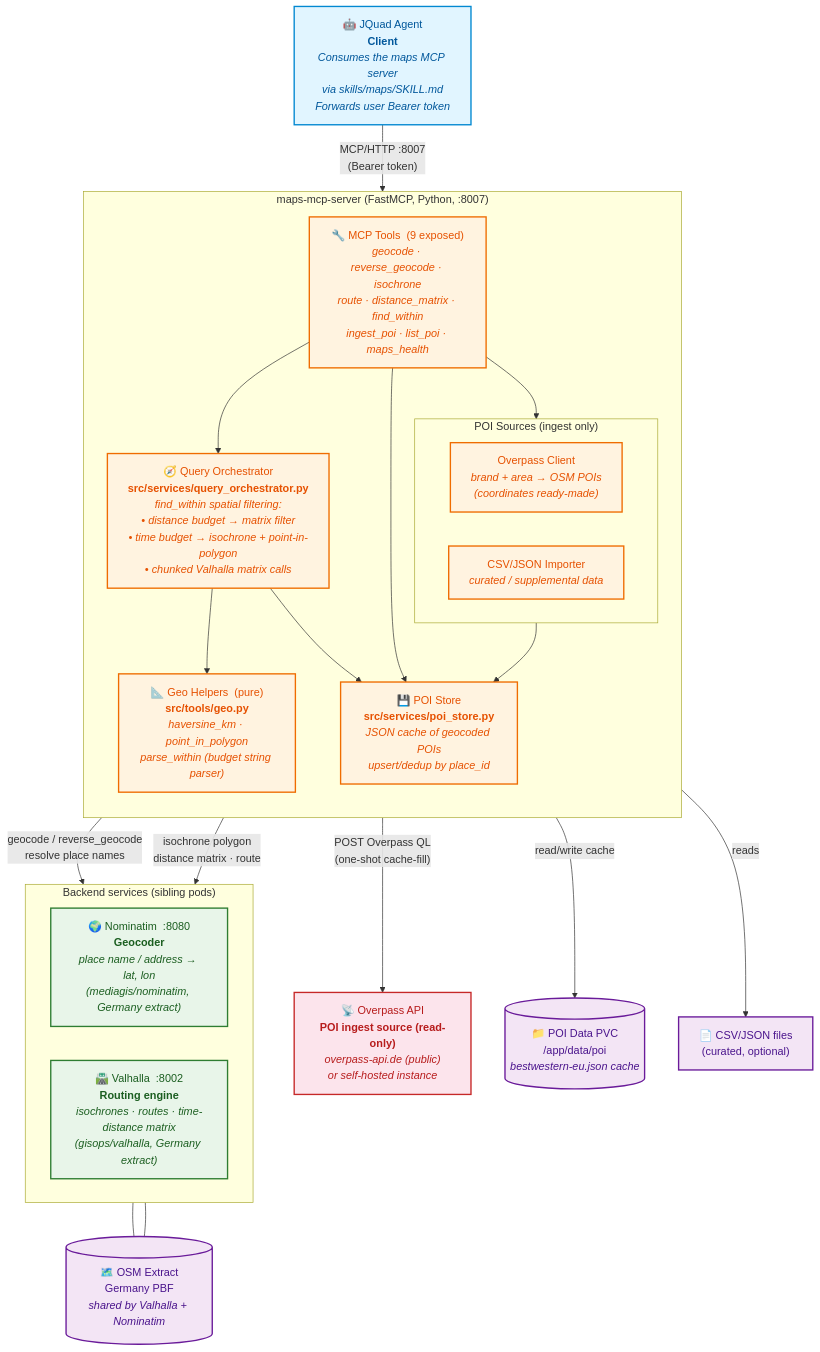
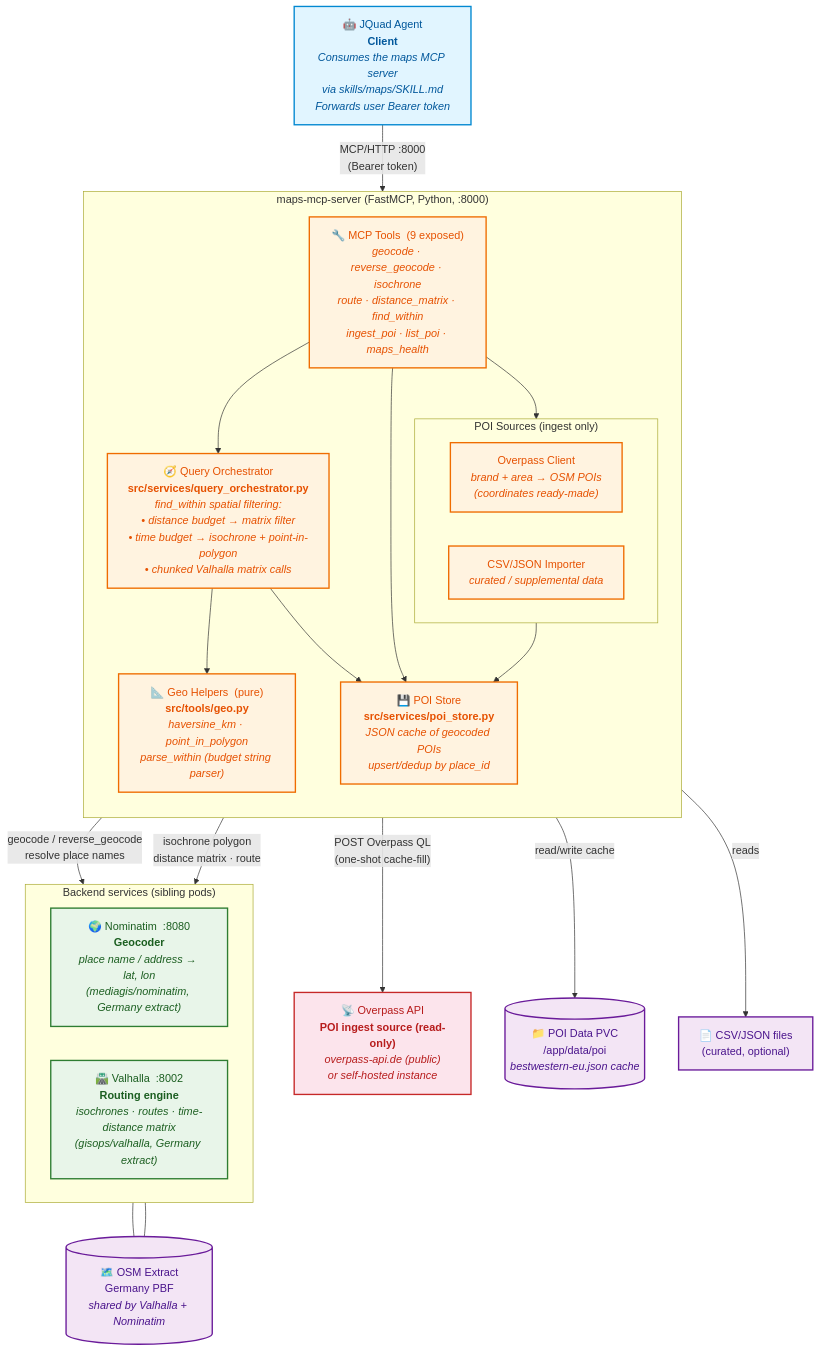
The diagram in README.md (jquad-group/maps-mcp-server), drawn with Mermaid before and after one commit. The commit also changed other lines of this file and 5 other files, not shown here.

````diff
--- a/README.md
+++ b/README.md
@@ -40,72 +40,72 @@
 ```mermaid
 flowchart TB
     %% ============ Client ============
     Agent["🤖 JQuad Agent<br/><b>Client</b><br/><i>Consumes the maps MCP server<br/>via skills/maps/SKILL.md<br/>Forwards user Bearer token</i>"]
 
     %% ============ The maps server ============
-    subgraph MapsServer["maps-mcp-server  (FastMCP, Python, :8007)"]
+    subgraph MapsServer["maps-mcp-server  (FastMCP, Python, :8000)"]
         direction TB
 
         Tools["🔧 MCP Tools  (9 exposed)<br/><i>geocode · reverse_geocode · isochrone<br/>route · distance_matrix · find_within<br/>ingest_poi · list_poi · maps_health</i>"]
 
         Orchestrator["🧭 Query Orchestrator<br/><b>src/services/query_orchestrator.py</b><br/><i>find_within spatial filtering:<br/>• distance budget → matrix filter<br/>• time budget → isochrone + point-in-polygon<br/>• chunked Valhalla matrix calls</i>"]
 
         GeoHelpers["📐 Geo Helpers  (pure)<br/><b>src/tools/geo.py</b><br/><i>haversine_km · point_in_polygon<br/>parse_within (budget string parser)</i>"]
 
         POIStore["💾 POI Store<br/><b>src/services/poi_store.py</b><br/><i>JSON cache of geocoded POIs<br/>upsert/dedup by place_id</i>"]
 
         subgraph Sources["POI Sources  (ingest only)"]
             direction LR
             OverpassC["Overpass Client<br/><i>brand + area → OSM POIs<br/>(coordinates ready-made)</i>"]
             CSVImporter["CSV/JSON Importer<br/><i>curated / supplemental data</i>"]
         end
 
         Tools --> Orchestrator
         Tools --> POIStore
         Tools --> Sources
         Orchestrator --> GeoHelpers
         Orchestrator --> POIStore
         Sources --> POIStore
     end
 
     %% ============ Backends ============
     subgraph Backends["Backend services  (sibling pods)"]
         direction LR
         Nominatim["🌍 Nominatim  :8080<br/><b>Geocoder</b><br/><i>place name / address → lat, lon<br/>(mediagis/nominatim, Germany extract)</i>"]
         Valhalla["🛣️ Valhalla  :8002<br/><b>Routing engine</b><br/><i>isochrones · routes · time-distance matrix<br/>(gisops/valhalla, Germany extract)</i>"]
     end
 
     %% ============ External ============
     OverpassAPI["📡 Overpass API<br/><b>POI ingest source (read-only)</b><br/><i>overpass-api.de (public)<br/>or self-hosted instance</i>"]
 
     %% ============ Data stores ============
     POIPVC[("📁 POI Data PVC<br/>/app/data/poi<br/><i>bestwestern-eu.json cache</i>")]
     OSMData[("🗺️ OSM Extract<br/>Germany PBF<br/><i>shared by Valhalla + Nominatim</i>")]
 
     %% ============ Connections ============
-    Agent -- "MCP/HTTP :8007<br/>(Bearer token)" --> Tools
+    Agent -- "MCP/HTTP :8000<br/>(Bearer token)" --> Tools
 
     Tools -- "geocode / reverse_geocode<br/>resolve place names" --> Nominatim
     Orchestrator -- "isochrone polygon<br/>distance matrix · route" --> Valhalla
 
     OverpassC -- "POST Overpass QL<br/>(one-shot cache-fill)" --> OverpassAPI
     CSVImporter -- "reads" --> POISourceFiles["📄 CSV/JSON files<br/>(curated, optional)"]
 
     POIStore -- "read/write cache" --> POIPVC
     Nominatim --- OSMData
     Valhalla --- OSMData
 
     %% ============ Styling ============
     classDef client fill:#e1f5ff,stroke:#0288d1,stroke-width:2px,color:#01579b
     classDef server fill:#fff3e0,stroke:#ef6c00,stroke-width:2px,color:#e65100
     classDef backend fill:#e8f5e9,stroke:#2e7d32,stroke-width:2px,color:#1b5e20
     classDef external fill:#fce4ec,stroke:#c62828,stroke-width:2px,color:#b71c1c
     classDef store fill:#f3e5f5,stroke:#6a1b9a,stroke-width:2px,color:#4a148c
 
     class Agent client
     class Tools,Orchestrator,GeoHelpers,POIStore server
     class OverpassC,CSVImporter server
     class Nominatim,Valhalla backend
     class OverpassAPI external
     class POIPVC,OSMData,POISourceFiles store
 ```
````
